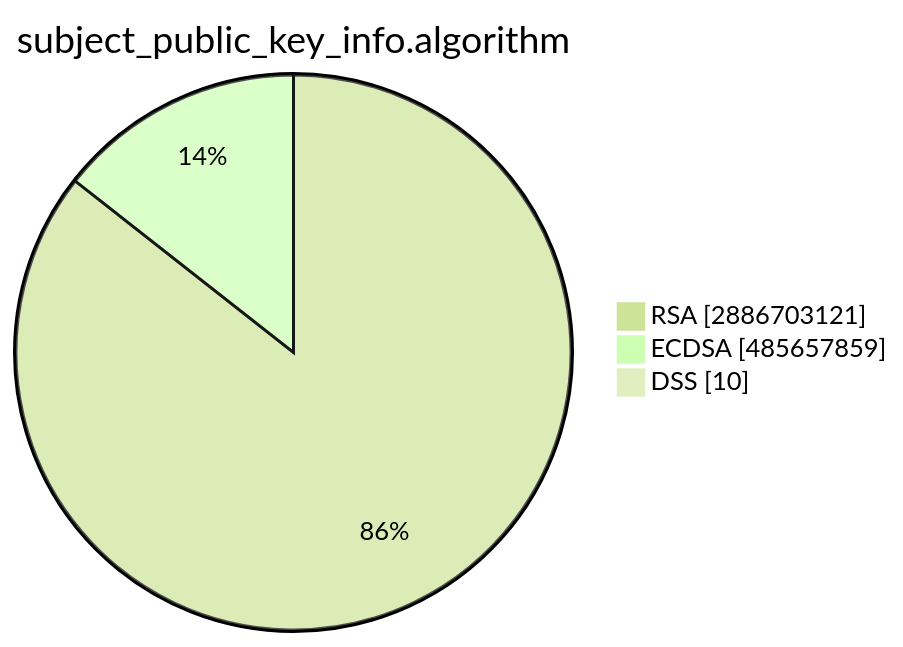
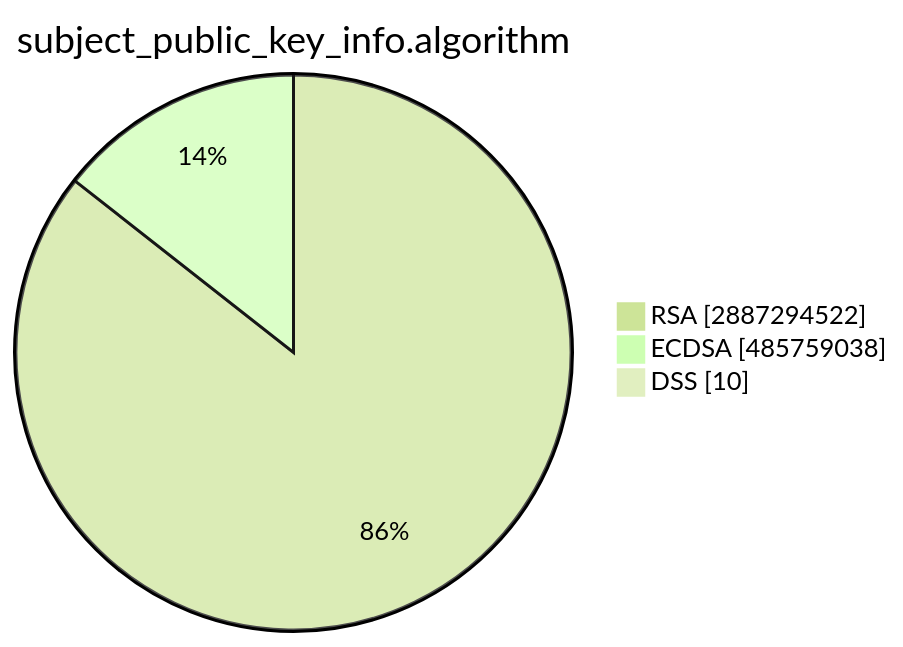
The second of 15 diagrams in TOTAL/README.md (christiankrug/ctmonitor_visualization), drawn with Mermaid (forest theme) before and after one commit. The commit also changed other lines of this file, not shown here.

````diff
--- a/TOTAL/README.md
+++ b/TOTAL/README.md
@@ -6,7 +6,7 @@
 ```mermaid
 pie showData
 title subject_public_key_info.algorithm
-"RSA" :2886703121
-"ECDSA" :485657859
+"RSA" :2887294522
+"ECDSA" :485759038
 "DSS" :10
 ```
````
